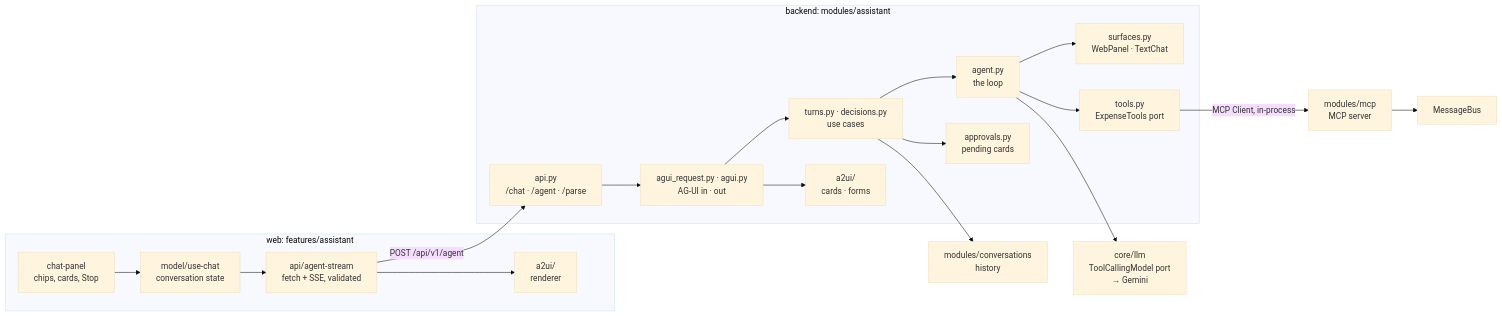
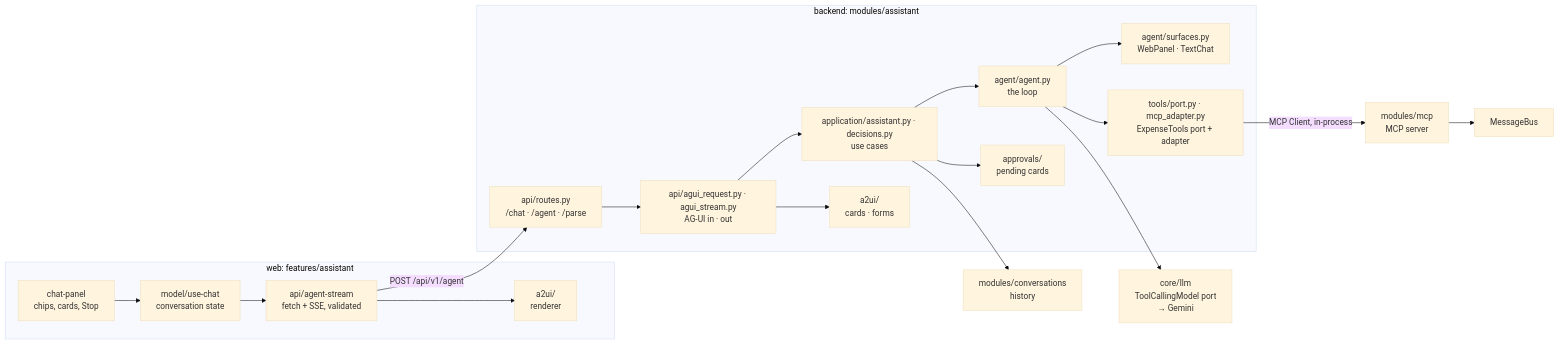
The first of 4 diagrams in docs/assistant_architecture.md (sanjeevgnrgy/spendwise), drawn with Mermaid (base theme) before and after one commit. The commit also changed other lines of this file and 13 other files, not shown here.

````diff
--- a/docs/assistant_architecture.md
+++ b/docs/assistant_architecture.md
@@ -9,35 +9,35 @@
 ```mermaid
 flowchart LR
     subgraph Web ["web: features/assistant"]
         PANEL["chat-panel<br/>chips, cards, Stop"]
         CHAT["model/use-chat<br/>conversation state"]
         STREAM["api/agent-stream<br/>fetch + SSE, validated"]
         RENDER["a2ui/<br/>renderer"]
     end
 
     subgraph Assistant ["backend: modules/assistant"]
-        API["api.py<br/>/chat · /agent · /parse"]
-        AGUI["agui_request.py · agui.py<br/>AG-UI in · out"]
-        TURNS["turns.py · decisions.py<br/>use cases"]
-        AGENT["agent.py<br/>the loop"]
-        SURF["surfaces.py<br/>WebPanel · TextChat"]
-        TOOLS["tools.py<br/>ExpenseTools port"]
-        APPROVALS["approvals.py<br/>pending cards"]
+        API["api/routes.py<br/>/chat · /agent · /parse"]
+        AGUI["api/agui_request.py · agui_stream.py<br/>AG-UI in · out"]
+        TURNS["application/assistant.py · decisions.py<br/>use cases"]
+        AGENT["agent/agent.py<br/>the loop"]
+        SURF["agent/surfaces.py<br/>WebPanel · TextChat"]
+        TOOLS["tools/port.py · mcp_adapter.py<br/>ExpenseTools port + adapter"]
+        APPROVALS["approvals/<br/>pending cards"]
         A2UI["a2ui/<br/>cards · forms"]
     end
 
     LLM["core/llm<br/>ToolCallingModel port<br/>→ Gemini"]
     MCPS["modules/mcp<br/>MCP server"]
     CONV["modules/conversations<br/>history"]
     BUS["MessageBus"]
 
     PANEL --> CHAT --> STREAM -->|"POST /api/v1/agent"| API
     API --> AGUI --> TURNS --> AGENT
     AGENT --> SURF
     AGENT --> LLM
     AGENT --> TOOLS -->|"MCP Client, in-process"| MCPS --> BUS
     TURNS --> CONV
     TURNS --> APPROVALS
     AGUI --> A2UI
     STREAM --> RENDER
 ```
````
